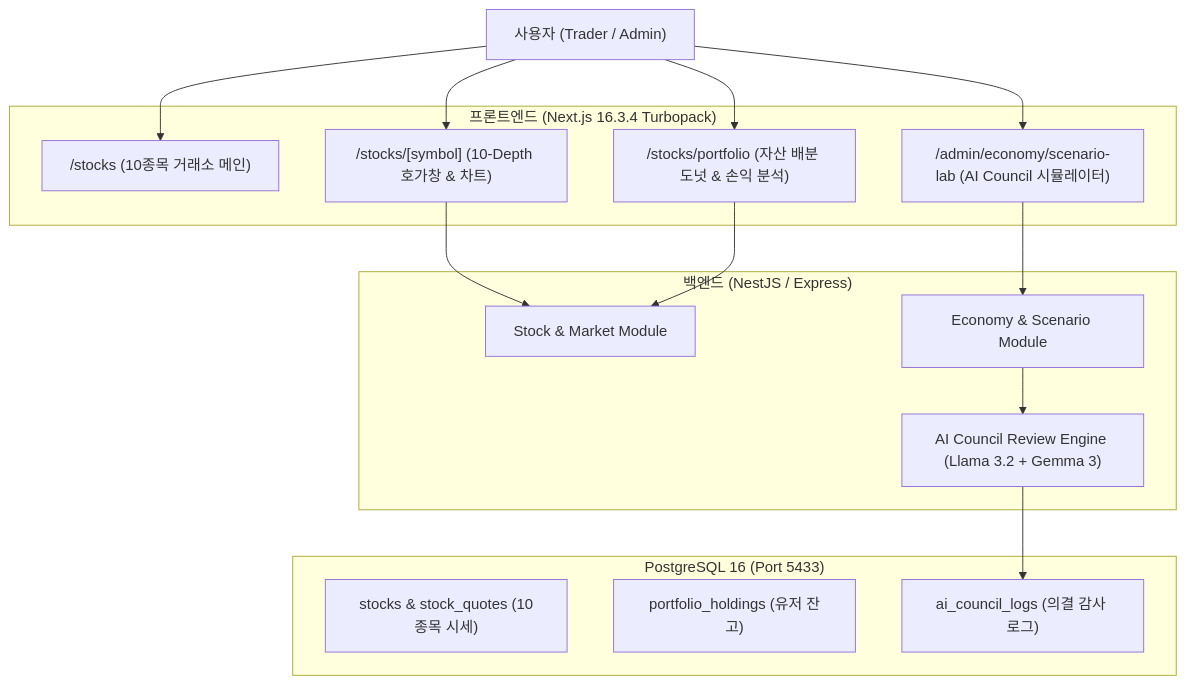
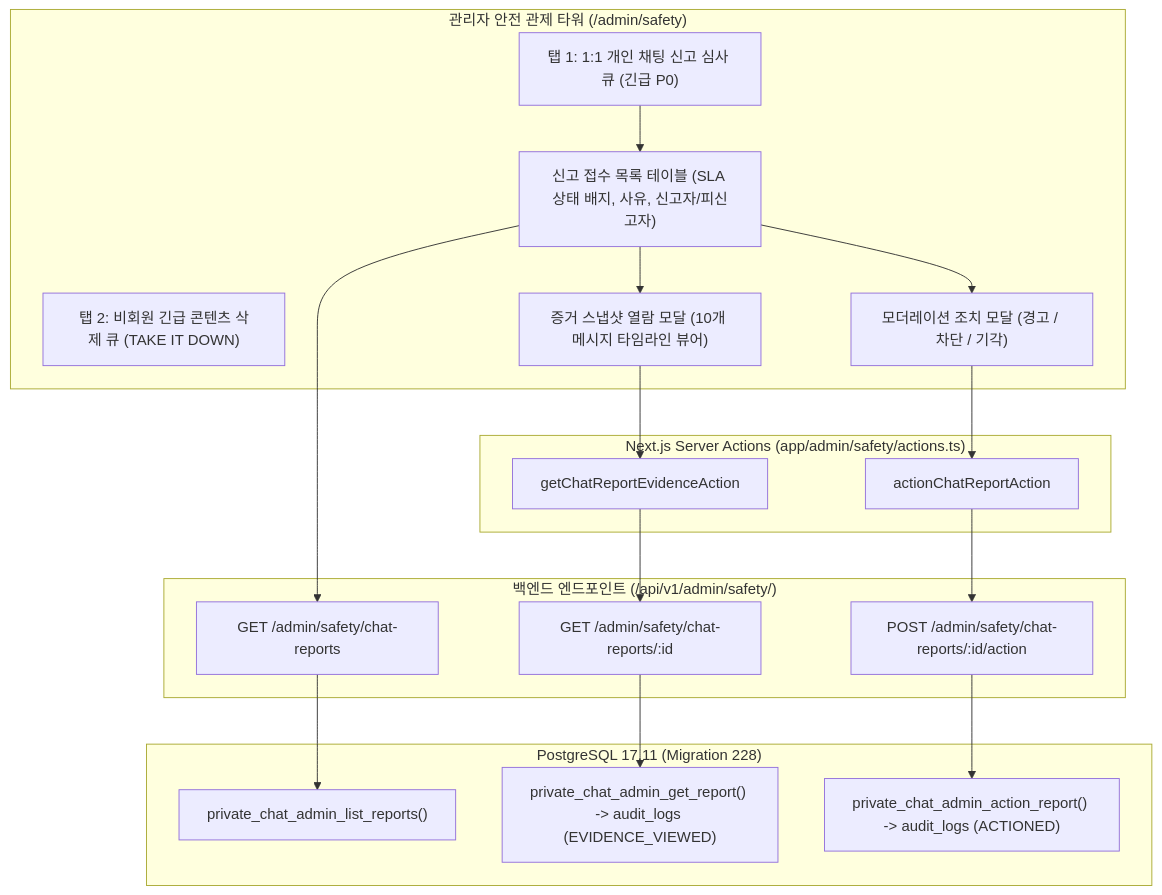
The fifth of 9 diagrams in implementation_plan.md (wtrdd1-hash/Woldeok-Moneyverse-Migration), drawn with Mermaid before and after one commit. The commit also changed other lines of this file and 24 other files, not shown here.

````diff
--- a/implementation_plan.md
+++ b/implementation_plan.md
@@ -18,34 +1801,27 @@
 ```mermaid
-graph TD
-    User["사용자 (Trader / Admin)"]
-    
-    subgraph Frontend["프론트엔드 (Next.js 16.3.4 Turbopack)"]
-        StocksPage["/stocks (10종목 거래소 메인)"]
-        StockDetail["/stocks/[symbol] (10-Depth 호가창 & 차트)"]
-        PortfolioPage["/stocks/portfolio (자산 배분 도넛 & 손익 분석)"]
-        ScenarioLab["/admin/economy/scenario-lab (AI Council 시뮬레이터)"]
+flowchart TD
+    subgraph AdminUI["관리자 안전 관제 타워 (/admin/safety)"]
+        Tab1["탭 1: 1:1 개인 채팅 신고 심사 큐 (긴급 P0)"]
+        Tab2["탭 2: 비회원 긴급 콘텐츠 삭제 큐 (TAKE IT DOWN)"]
+        Tab1 --> ReportList["신고 접수 목록 테이블 (SLA 상태 배지, 사유, 신고자/피신고자)"]
+        ReportList --> EvidenceModal["증거 스냅샷 열람 모달 (10개 메시지 타임라인 뷰어)"]
+        ReportList --> ActionModal["모더레이션 조치 모달 (경고 / 차단 / 기각)"]
     end
-    
-    subgraph Backend["백엔드 (NestJS / Express)"]
-        StockModule["Stock & Market Module"]
-        EconomyModule["Economy & Scenario Module"]
-        AICouncilEngine["AI Council Review Engine (Llama 3.2 + Gemma 3)"]
+
+    subgraph ServerActions["Next.js Server Actions (app/admin/safety/actions.ts)"]
+        EvidenceModal --> GetEvidence["getChatReportEvidenceAction"]
+        ActionModal --> SubmitAction["actionChatReportAction"]
     end
-    
-    subgraph Database["PostgreSQL 16 (Port 5433)"]
-        StockQuotes["stocks & stock_quotes (10종목 시세)"]
-        PortfolioLedger["portfolio_holdings (유저 잔고)"]
-        CouncilAuditLogs["ai_council_logs (의결 감사 로그)"]
+
+    subgraph BackendAPI["백엔드 엔드포인트 (/api/v1/admin/safety/)"]
+        ReportList --> APIList["GET /admin/safety/chat-reports"]
+        GetEvidence --> APIGet["GET /admin/safety/chat-reports/:id"]
+        SubmitAction --> APIAction["POST /admin/safety/chat-reports/:id/action"]
     end
-    
-    User --> StocksPage
-    User --> StockDetail
-    User --> PortfolioPage
-    User --> ScenarioLab
-    
-    StockDetail --> StockModule
-    PortfolioPage --> StockModule
-    ScenarioLab --> EconomyModule
-    EconomyModule --> AICouncilEngine
-    AICouncilEngine --> CouncilAuditLogs
+
+    subgraph Database["PostgreSQL 17.11 (Migration 228)"]
+        APIList --> SPList["private_chat_admin_list_reports()"]
+        APIGet --> SPGet["private_chat_admin_get_report() -> audit_logs (EVIDENCE_VIEWED)"]
+        APIAction --> SPAction["private_chat_admin_action_report() -> audit_logs (ACTIONED)"]
+    end
 ```
````
